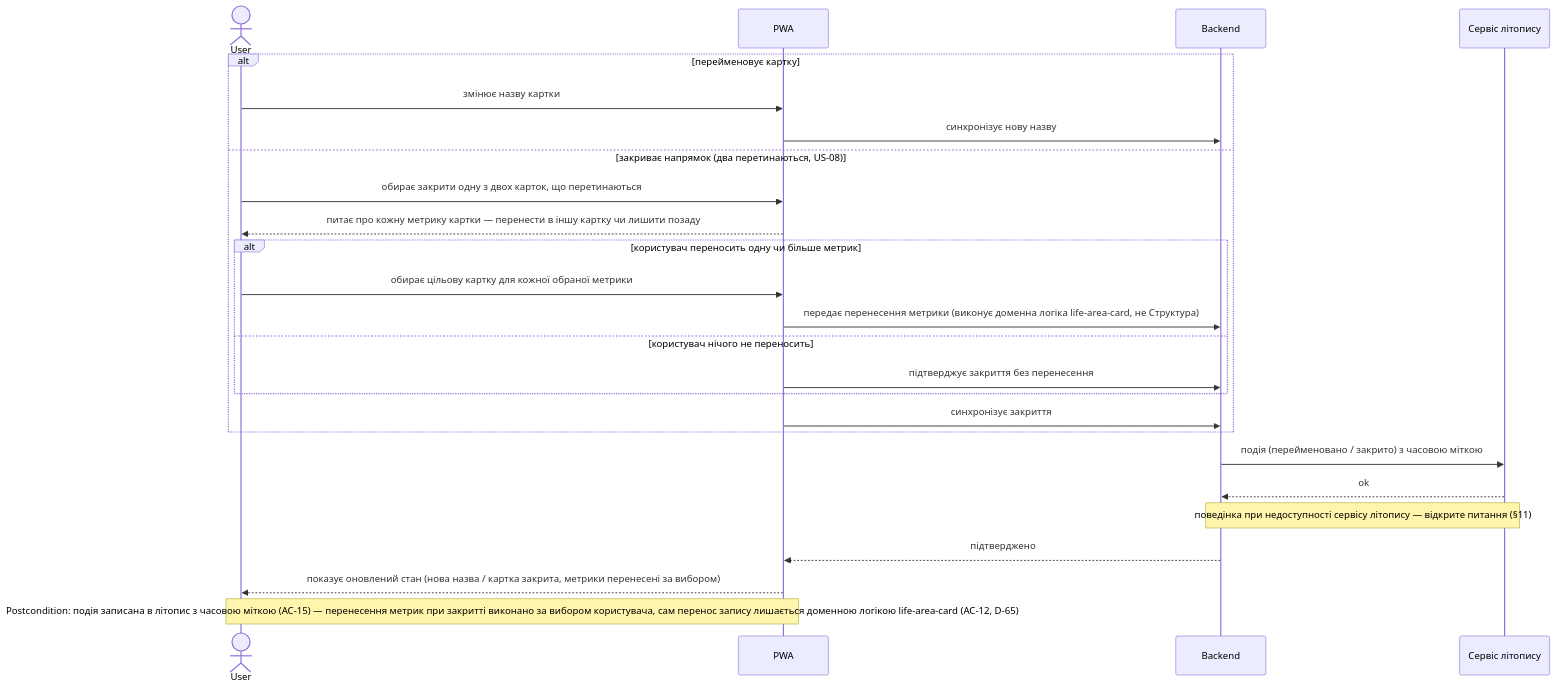
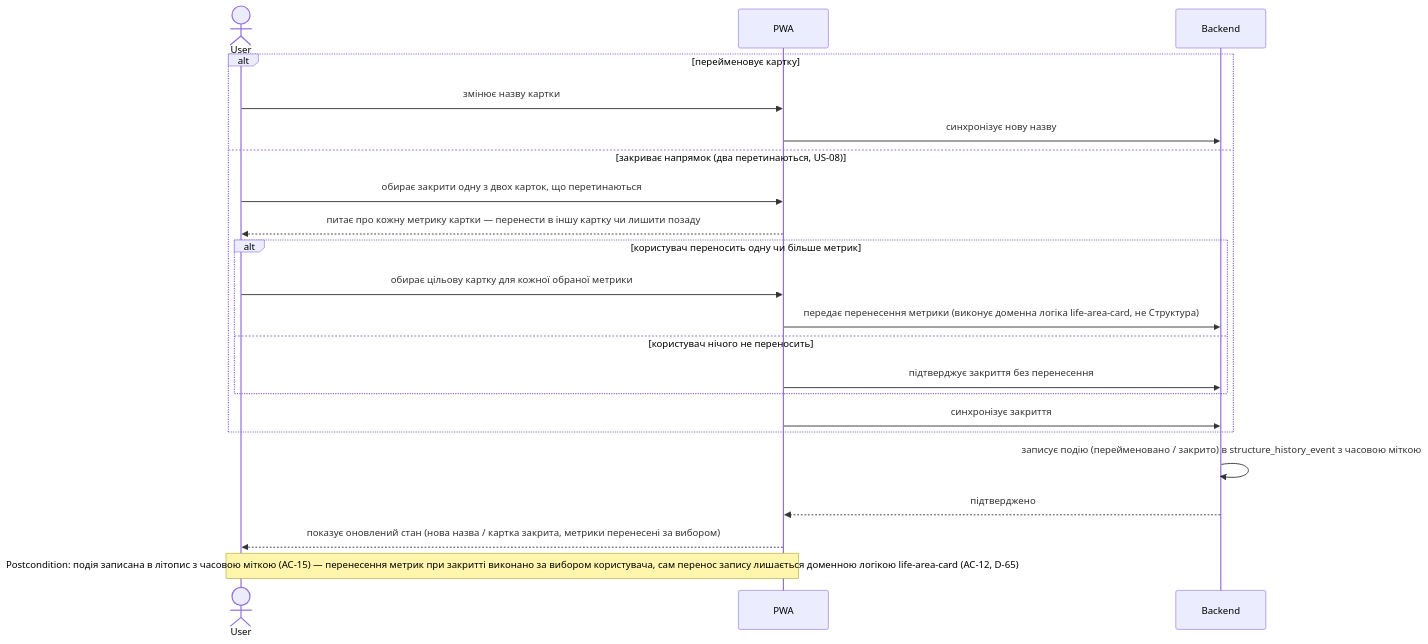
Before and after one commit to danyllukandrey-cloud/claude-workspace: the seventh of 12 diagrams in docs/features/structure/sad.md, drawn with Mermaid. The commit also changed other lines of this file and 17 other files, not shown here.

````diff
--- a/docs/features/structure/sad.md
+++ b/docs/features/structure/sad.md
@@ -246,28 +239,25 @@
 ```mermaid
 sequenceDiagram
     actor User
     participant PWA
     participant Backend
-    participant HistorySvc as Сервіс літопису
 
     alt перейменовує картку
         User->>PWA: змінює назву картки
         PWA->>Backend: синхронізує нову назву
     else закриває напрямок (два перетинаються, US-08)
         User->>PWA: обирає закрити одну з двох карток, що перетинаються
         PWA-->>User: питає про кожну метрику картки — перенести в іншу картку чи лишити позаду
         alt користувач переносить одну чи більше метрик
             User->>PWA: обирає цільову картку для кожної обраної метрики
             PWA->>Backend: передає перенесення метрики (виконує доменна логіка life-area-card, не Структура)
         else користувач нічого не переносить
             PWA->>Backend: підтверджує закриття без перенесення
         end
         PWA->>Backend: синхронізує закриття
     end
-    Backend->>HistorySvc: подія (перейменовано / закрито) з часовою міткою
-    HistorySvc-->>Backend: ok
-    Note over Backend,HistorySvc: поведінка при недоступності сервісу літопису — відкрите питання (§11)
+    Backend->>Backend: записує подію (перейменовано / закрито) в structure_history_event з часовою міткою
     Backend-->>PWA: підтверджено
     PWA-->>User: показує оновлений стан (нова назва / картка закрита, метрики перенесені за вибором)
     Note over User,PWA: Postcondition: подія записана в літопис з часовою міткою (AC-15) — перенесення метрик при закритті виконано за вибором користувача, сам перенос запису лишається доменною логікою life-area-card (AC-12, D-65)
 ```
````
